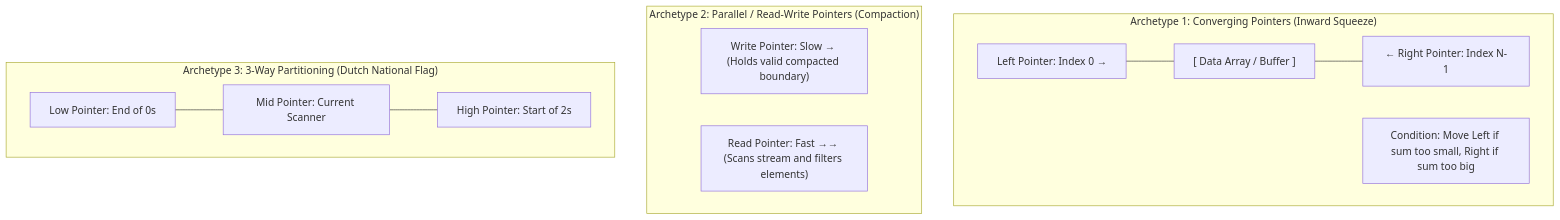
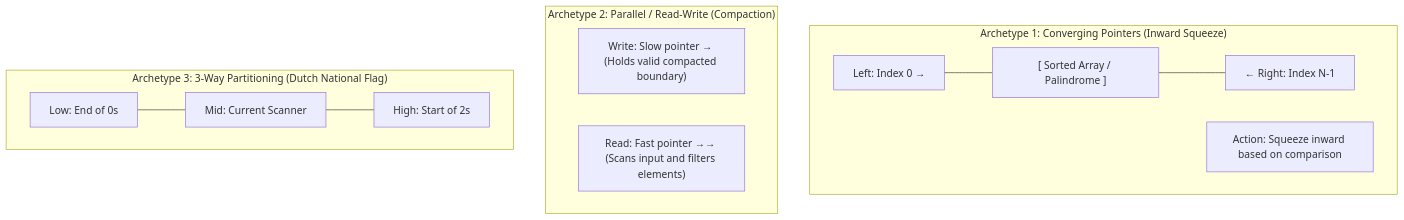
Before and after one commit to i-m-akshat/Senior-DotNet-Developer-Roadmap: the first of 8 diagrams in md/Volume-1-DSA-Logical-Thinking.md, drawn with Mermaid. The commit also changed other lines of this file and 1 other file, not shown here.

Commit message:
feat(dsa): reorganize all problems into dedicated pattern-based chapters (Two Pointers, Sliding Window, Fast-Slow, Searching, Sorting, etc.)

````diff
--- a/md/Volume-1-DSA-Logical-Thinking.md
+++ b/md/Volume-1-DSA-Logical-Thinking.md
@@ -918,16 +668,16 @@
 ```mermaid
 flowchart TD
     subgraph Converging ["Archetype 1: Converging Pointers (Inward Squeeze)"]
-        A1["Left Pointer: Index 0 &rarr;"] --- A2["[ Data Array / Buffer ]"] --- A3["&larr; Right Pointer: Index N-1"]
-        A4["Condition: Move Left if sum too small, Right if sum too big"]
+        A1["Left: Index 0 &rarr;"] --- A2["[ Sorted Array / Palindrome ]"] --- A3["&larr; Right: Index N-1"]
+        A4["Action: Squeeze inward based on comparison"]
     end
 
-    subgraph Parallel ["Archetype 2: Parallel / Read-Write Pointers (Compaction)"]
-        B1["Write Pointer: Slow &rarr; (Holds valid compacted boundary)"]
-        B2["Read Pointer: Fast &rarr;&rarr; (Scans stream and filters elements)"]
+    subgraph Parallel ["Archetype 2: Parallel / Read-Write (Compaction)"]
+        B1["Write: Slow pointer &rarr; (Holds valid compacted boundary)"]
+        B2["Read: Fast pointer &rarr;&rarr; (Scans input and filters elements)"]
     end
 
     subgraph ThreeWay ["Archetype 3: 3-Way Partitioning (Dutch National Flag)"]
-        C1["Low Pointer: End of 0s"] --- C2["Mid Pointer: Current Scanner"] --- C3["High Pointer: Start of 2s"]
+        C1["Low: End of 0s"] --- C2["Mid: Current Scanner"] --- C3["High: Start of 2s"]
     end
 ```
````
